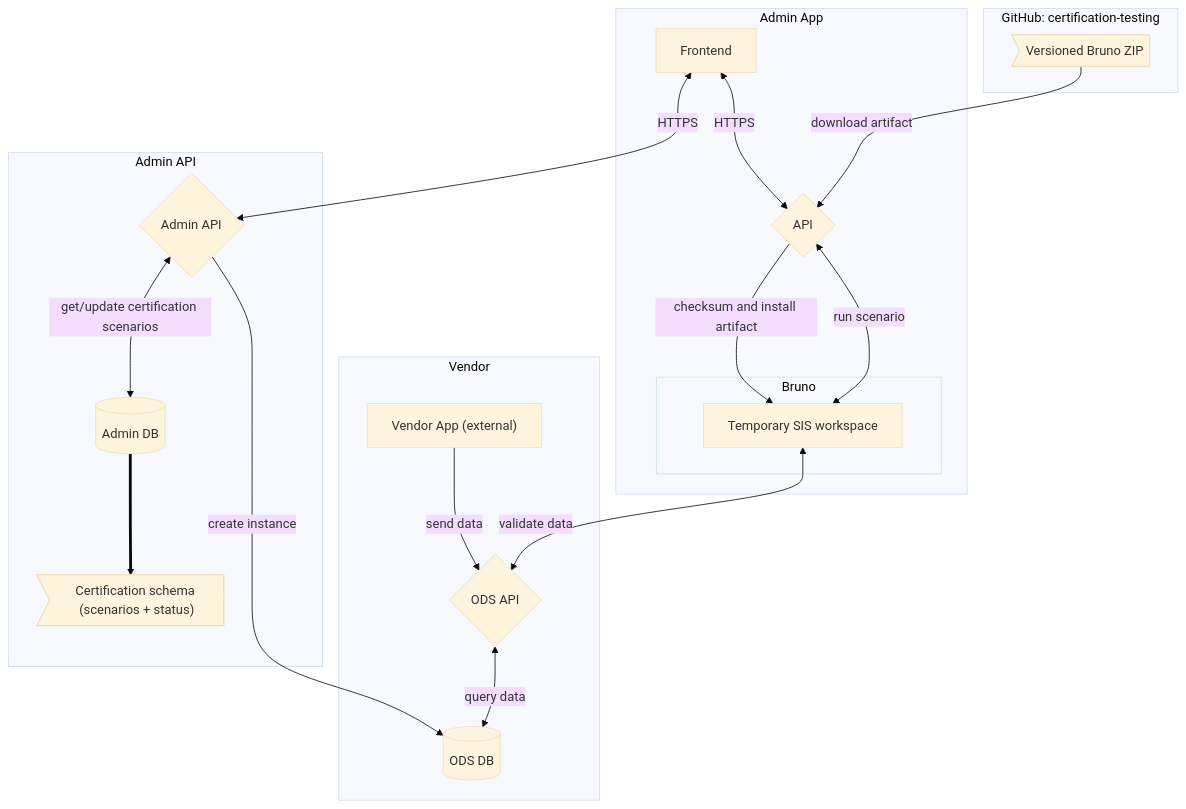
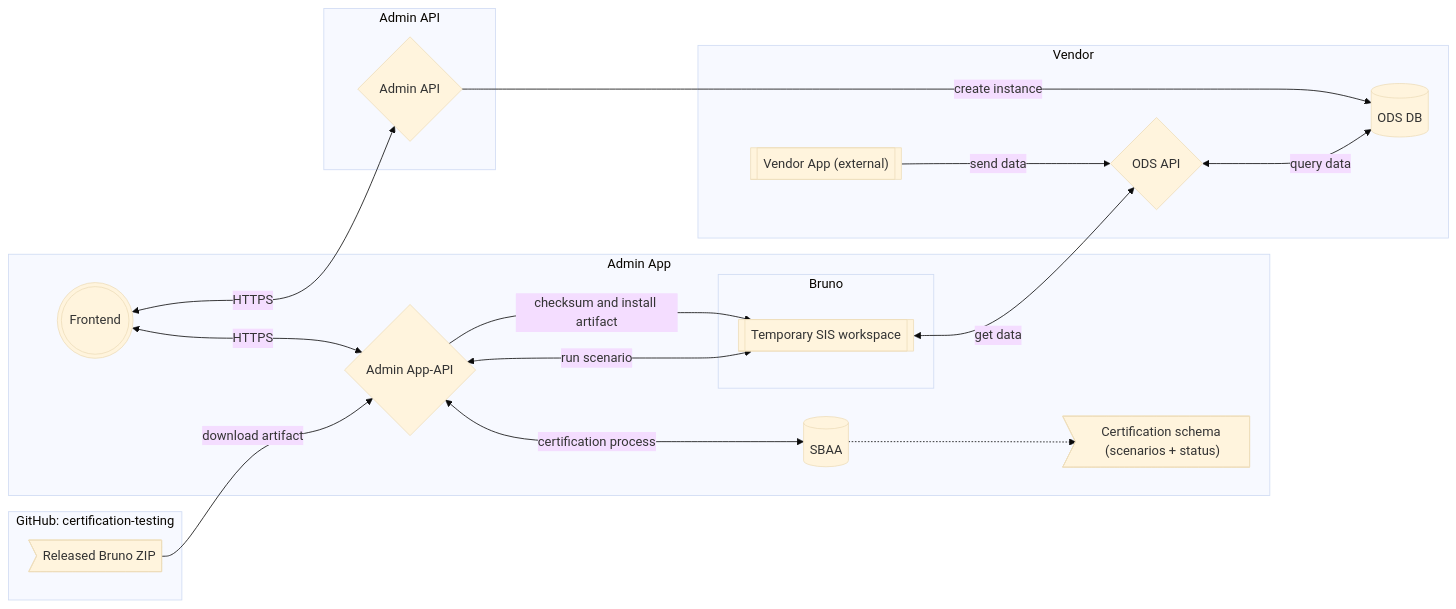
Before and after one commit to Ed-Fi-Alliance-OSS/Ed-Fi-AdminApp: the first of 4 diagrams in docs/design/certification-2026/phase2/certification-2.2.md, drawn with Mermaid. The commit also changed other lines of this file, not shown here.

Commit message:
[AC-479] docs: database schema update and final clean up

````diff
--- a/docs/design/certification-2026/phase2/certification-2.2.md
+++ b/docs/design/certification-2026/phase2/certification-2.2.md
@@ -110,50 +84,50 @@
 ```mermaid
 ---
 config:
   theme: base
 ---
-flowchart 
+flowchart LR
     subgraph ArtifactSource["GitHub: certification-testing"]
-        ART>"Versioned Bruno ZIP"]
+        ART>"Released Bruno ZIP"]
     end
 
     subgraph BRUNO["Bruno"]
-        TMP["Temporary SIS workspace"]
+        TMP[["Temporary SIS workspace"]]
+    end
+
+    subgraph Data["Admin API"]
+        ADMINAPI["Admin API"]
     end
 
     subgraph AdminApp["Admin App"]
-        FE["Frontend"]
-        API["API"]
+        FE((("Frontend")))
+        API["Admin App-API"]
+        SBAA-DB["SBAA"]
+        CERT>"Certification schema (scenarios + status)"]
         BRUNO
     end
 
     subgraph Vendor["Vendor"]
-        APP["Vendor App (external)"]
+        APP[["Vendor App (external)"]]
         ODS-API["ODS API"]
         ODS-DB["ODS DB"]
     end
 
-    subgraph Data["Admin API"]
-        ADMINAPI-DB["Admin DB"]
-        CERT>"Certification schema (scenarios + status)"]
-        ADMINAPI["Admin API"]
-    end
-
     FE <-- HTTPS --> API
     FE <-- HTTPS --> ADMINAPI
-    ADMINAPI <-- get/update certification scenarios --> ADMINAPI-DB
-    ADMINAPI -- create instance--> ODS-DB
-    ADMINAPI-DB ==>  CERT
+    API <-- certification process --> SBAA-DB
+    ADMINAPI -- create instance ----> ODS-DB
+    SBAA-DB -.->  CERT
     ART -- download artifact --> API
     API -- checksum and install artifact --> TMP
     API <-- run scenario --> TMP
     APP -- send data --> ODS-API
-    TMP <-- validate data --> ODS-API
+    TMP <-- get data --> ODS-API
     ODS-API <-- query data --> ODS-DB
 
     API@{ shape: diam}
     ADMINAPI@{ shape: diam}
     ODS-API@{ shape: diam}
     ODS-DB@{ shape: cyl}
-    ADMINAPI-DB@{ shape: cyl}
+    SBAA-DB@{ shape: cyl}
 ```
````
